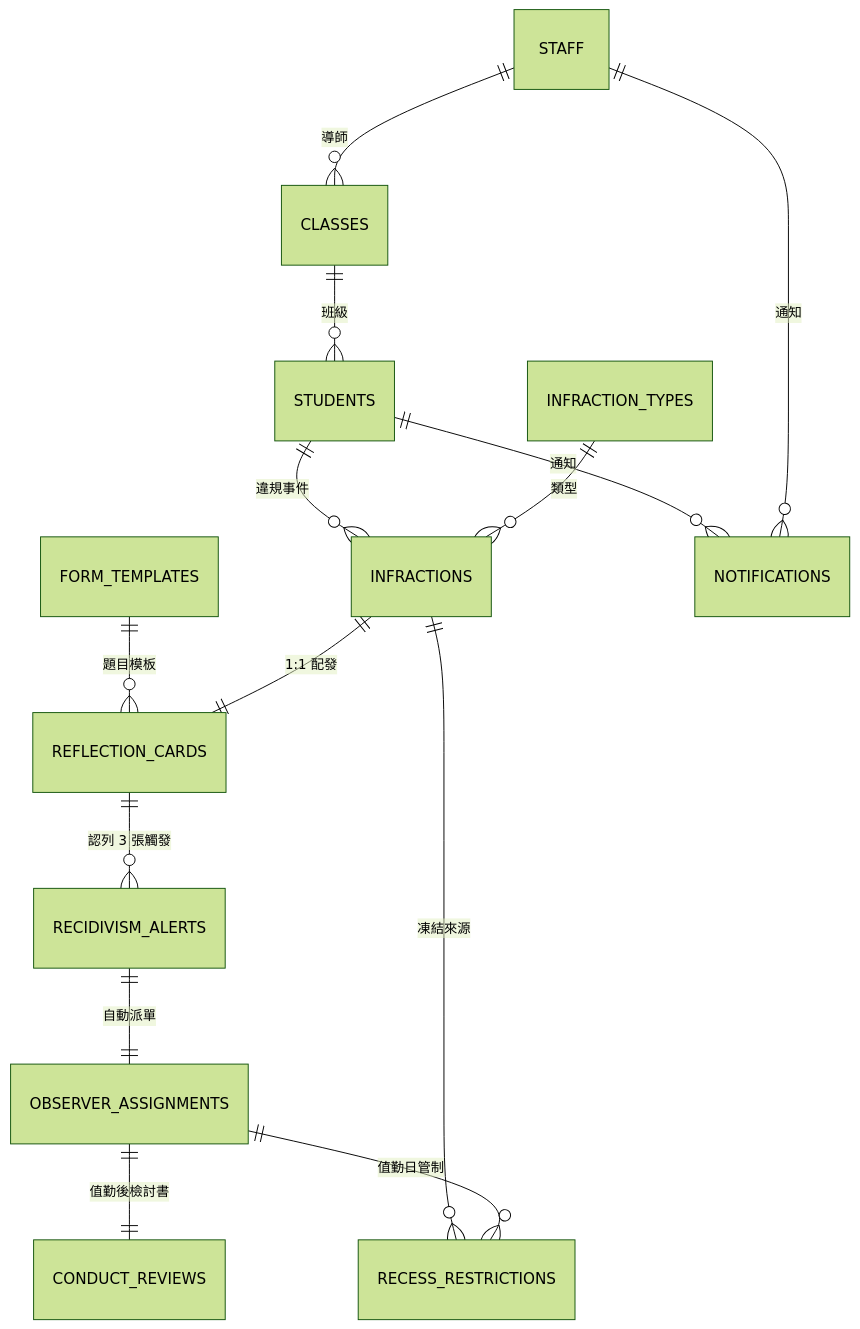
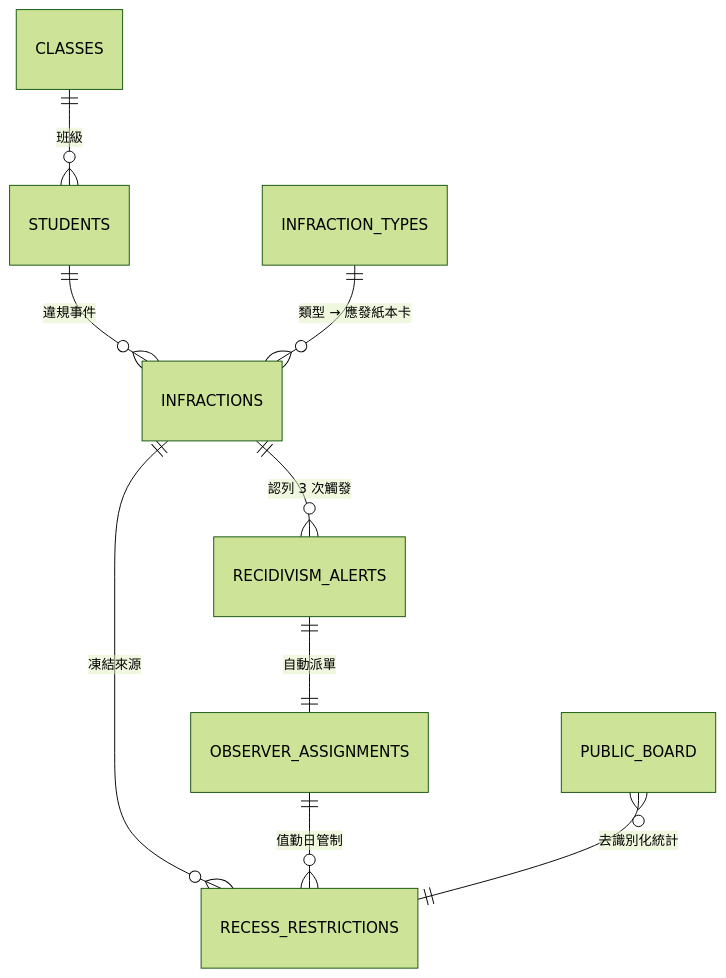
The diagram in docs/database-schema.md (znxuyz/C.A.R.E.-System), drawn with Mermaid (forest theme) before and after one commit. The commit also changed other lines of this file and 73 other files, not shown here.

````diff
--- a/docs/database-schema.md
+++ b/docs/database-schema.md
@@ -28,16 +28,11 @@
 ```mermaid
 erDiagram
   CLASSES ||--o{ STUDENTS : "班級"
-  STAFF ||--o{ CLASSES : "導師"
   STUDENTS ||--o{ INFRACTIONS : "違規事件"
-  INFRACTION_TYPES ||--o{ INFRACTIONS : "類型"
-  FORM_TEMPLATES ||--o{ REFLECTION_CARDS : "題目模板"
-  INFRACTIONS ||--|| REFLECTION_CARDS : "1:1 配發"
+  INFRACTION_TYPES ||--o{ INFRACTIONS : "類型 → 應發紙本卡"
   INFRACTIONS ||--o{ RECESS_RESTRICTIONS : "凍結來源"
-  REFLECTION_CARDS ||--o{ RECIDIVISM_ALERTS : "認列 3 張觸發"
+  INFRACTIONS ||--o{ RECIDIVISM_ALERTS : "認列 3 次觸發"
   RECIDIVISM_ALERTS ||--|| OBSERVER_ASSIGNMENTS : "自動派單"
-  OBSERVER_ASSIGNMENTS ||--|| CONDUCT_REVIEWS : "值勤後檢討書"
   OBSERVER_ASSIGNMENTS ||--o{ RECESS_RESTRICTIONS : "值勤日管制"
-  STUDENTS ||--o{ NOTIFICATIONS : "通知"
-  STAFF ||--o{ NOTIFICATIONS : "通知"
+  PUBLIC_BOARD }o--|| RECESS_RESTRICTIONS : "去識別化統計"
 ```
````
